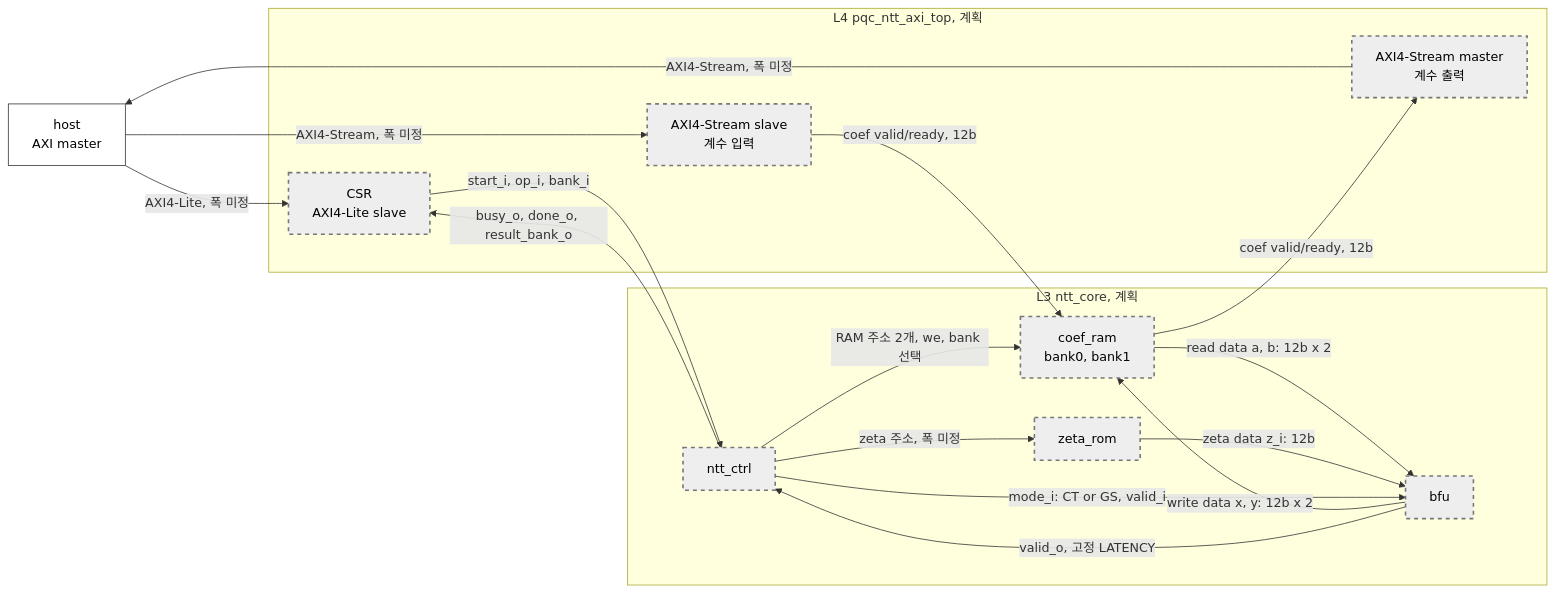
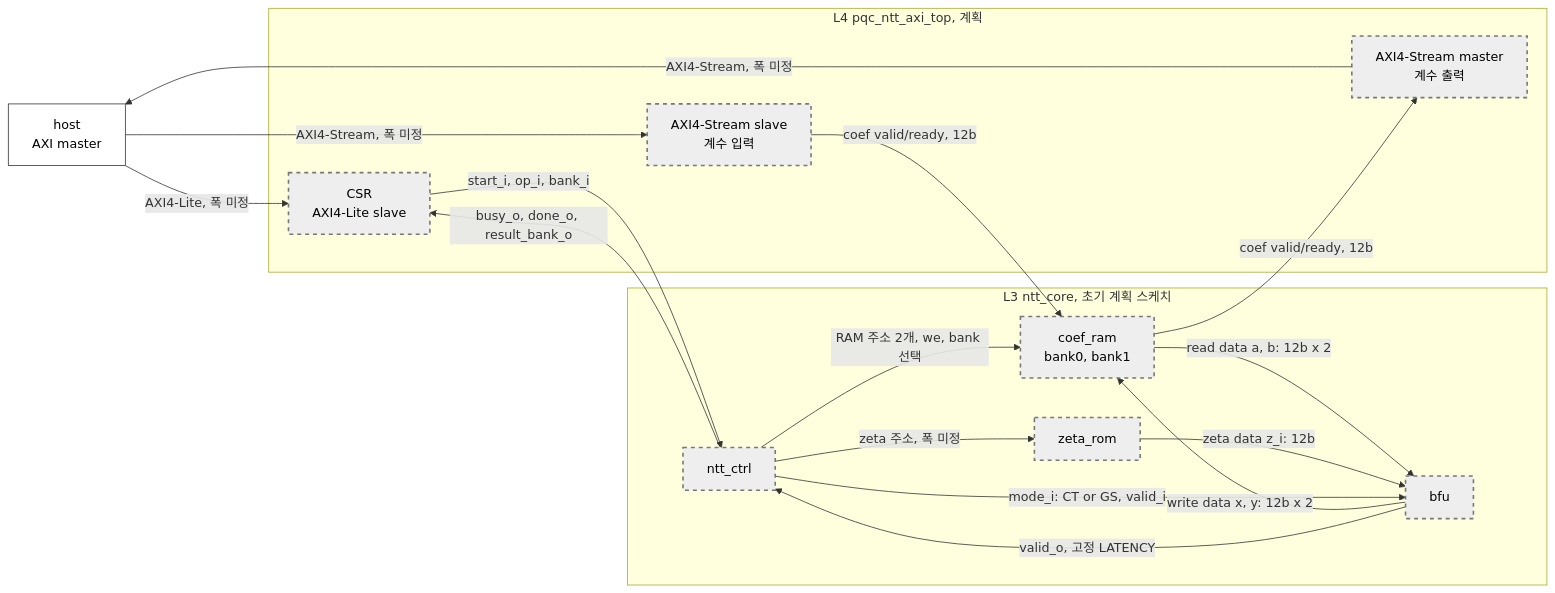
The second of 4 diagrams in progress/pqc-ntt-ip/docs/diagrams/00_hierarchy.md (oerreo/HW_Projects), drawn with Mermaid before and after one commit. The commit also changed other lines of this file and 4 other files, not shown here.

Commit message:
docs: L3 ntt_core diagrams, hierarchy status, Notion sync marks

````diff
--- a/progress/pqc-ntt-ip/docs/diagrams/00_hierarchy.md
+++ b/progress/pqc-ntt-ip/docs/diagrams/00_hierarchy.md
@@ -66,33 +68,33 @@
 ```mermaid
 flowchart LR
     host["host<br/>AXI master"]:::ext
     subgraph TOPG["L4 pqc_ntt_axi_top, 계획"]
         csr["CSR<br/>AXI4-Lite slave"]:::plan
         sin["AXI4-Stream slave<br/>계수 입력"]:::plan
         sout["AXI4-Stream master<br/>계수 출력"]:::plan
     end
-    subgraph COREG["L3 ntt_core, 계획"]
+    subgraph COREG["L3 ntt_core, 초기 계획 스케치"]
         ctrl["ntt_ctrl"]:::plan
         zrom["zeta_rom"]:::plan
         cram["coef_ram<br/>bank0, bank1"]:::plan
         bfu["bfu"]:::plan
     end
 
     host -->|"AXI4-Lite, 폭 미정"| csr
     host -->|"AXI4-Stream, 폭 미정"| sin
     sout -->|"AXI4-Stream, 폭 미정"| host
     csr -->|"start_i, op_i, bank_i"| ctrl
     ctrl -->|"busy_o, done_o, result_bank_o"| csr
     sin -->|"coef valid/ready, 12b"| cram
     cram -->|"coef valid/ready, 12b"| sout
     ctrl -->|"RAM 주소 2개, we, bank 선택"| cram
     cram -->|"read data a, b: 12b x 2"| bfu
     bfu -->|"write data x, y: 12b x 2"| cram
     ctrl -->|"zeta 주소, 폭 미정"| zrom
     zrom -->|"zeta data z_i: 12b"| bfu
     ctrl -->|"mode_i: CT or GS, valid_i"| bfu
     bfu -->|"valid_o, 고정 LATENCY"| ctrl
 
     classDef ext fill:#ffffff,stroke:#333333,color:#000
     classDef plan fill:#eeeeee,stroke:#777777,stroke-width:2px,stroke-dasharray:5 5,color:#000
 ```
````
